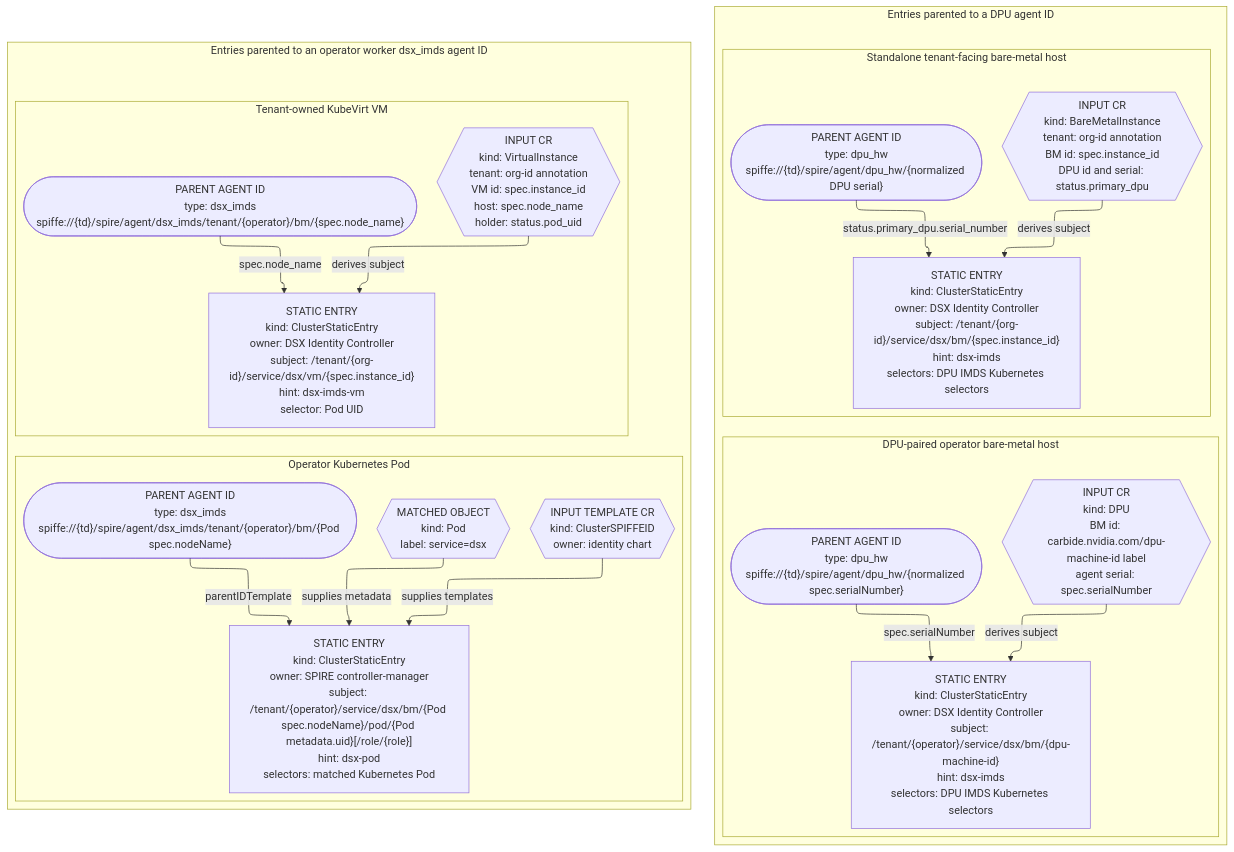
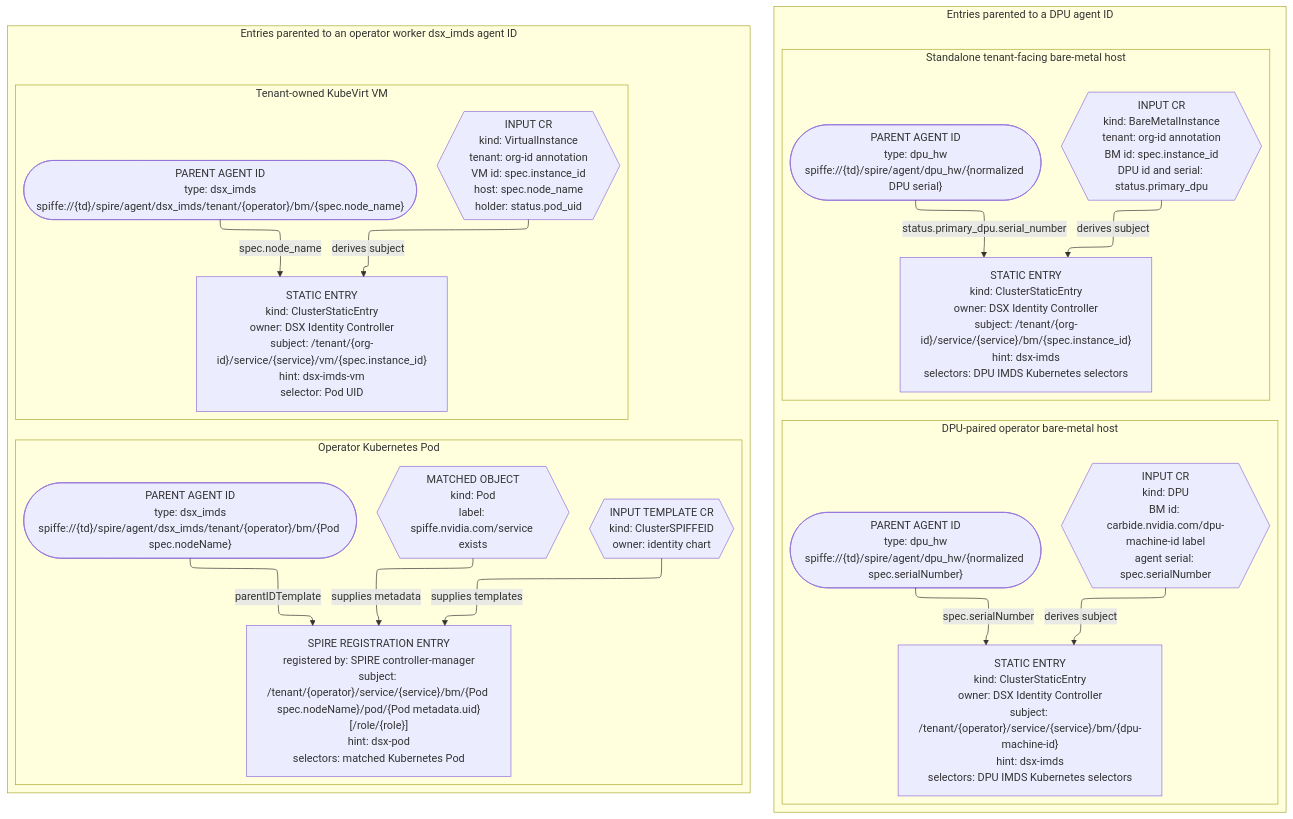
The third of 4 diagrams in README.md (dsx-ai-factory/nvidia-workload-identity), drawn with Mermaid before and after one commit. The commit also changed other lines of this file and 6 other files, not shown here.

First line of the commit message:
fix(NO-REF): correct README identity diagrams (#24)

````diff
--- a/README.md
+++ b/README.md
@@ -299,50 +254,50 @@
 ```mermaid
 %%{init: {"flowchart": {"defaultRenderer": "elk"}, "elk": {"nodePlacementStrategy": "SIMPLE"}}}%%
 flowchart TB
 
   subgraph DPUParented["Entries parented to a DPU agent ID"]
     direction LR
 
     subgraph DPULane["DPU-paired operator bare-metal host"]
       direction TB
       DPUCR{{"INPUT CR<br/>kind: DPU<br/>BM id: carbide.nvidia.com/dpu-machine-id label<br/>agent serial: spec.serialNumber"}}
       DPUParent(["PARENT AGENT ID<br/>type: dpu_hw<br/>spiffe://{td}/spire/agent/dpu_hw/{normalized spec.serialNumber}"])
-      DPUEntry["STATIC ENTRY<br/>kind: ClusterStaticEntry<br/>owner: DSX Identity Controller<br/>subject: /tenant/{operator}/service/dsx/bm/{dpu-machine-id}<br/>hint: dsx-imds<br/>selectors: DPU IMDS Kubernetes selectors"]
+      DPUEntry["STATIC ENTRY<br/>kind: ClusterStaticEntry<br/>owner: DSX Identity Controller<br/>subject: /tenant/{operator}/service/{service}/bm/{dpu-machine-id}<br/>hint: dsx-imds<br/>selectors: DPU IMDS Kubernetes selectors"]
       DPUCR -->|"derives subject"| DPUEntry
       DPUParent -->|"spec.serialNumber"| DPUEntry
     end
 
     subgraph HostLane["Standalone tenant-facing bare-metal host"]
       direction TB
       HostSource{{"INPUT CR<br/>kind: BareMetalInstance<br/>tenant: org-id annotation<br/>BM id: spec.instance_id<br/>DPU id and serial: status.primary_dpu"}}
       HostParent(["PARENT AGENT ID<br/>type: dpu_hw<br/>spiffe://{td}/spire/agent/dpu_hw/{normalized DPU serial}"])
-      HostEntry["STATIC ENTRY<br/>kind: ClusterStaticEntry<br/>owner: DSX Identity Controller<br/>subject: /tenant/{org-id}/service/dsx/bm/{spec.instance_id}<br/>hint: dsx-imds<br/>selectors: DPU IMDS Kubernetes selectors"]
+      HostEntry["STATIC ENTRY<br/>kind: ClusterStaticEntry<br/>owner: DSX Identity Controller<br/>subject: /tenant/{org-id}/service/{service}/bm/{spec.instance_id}<br/>hint: dsx-imds<br/>selectors: DPU IMDS Kubernetes selectors"]
       HostSource -->|"derives subject"| HostEntry
       HostParent -->|"status.primary_dpu.serial_number"| HostEntry
     end
   end
 
   subgraph HostParented["Entries parented to an operator worker dsx_imds agent ID"]
     direction LR
 
     subgraph PodLane["Operator Kubernetes Pod"]
       direction TB
       PodTemplate{{"INPUT TEMPLATE CR<br/>kind: ClusterSPIFFEID<br/>owner: identity chart"}}
-      PodObject{{"MATCHED OBJECT<br/>kind: Pod<br/>label: service=dsx"}}
+      PodObject{{"MATCHED OBJECT<br/>kind: Pod<br/>label: spiffe.nvidia.com/service exists"}}
       PodParent(["PARENT AGENT ID<br/>type: dsx_imds<br/>spiffe://{td}/spire/agent/dsx_imds/tenant/{operator}/bm/{Pod spec.nodeName}"])
-      PodEntry["STATIC ENTRY<br/>kind: ClusterStaticEntry<br/>owner: SPIRE controller-manager<br/>subject: /tenant/{operator}/service/dsx/bm/{Pod spec.nodeName}/pod/{Pod metadata.uid}[/role/{role}]<br/>hint: dsx-pod<br/>selectors: matched Kubernetes Pod"]
+      PodEntry["SPIRE REGISTRATION ENTRY<br/>registered by: SPIRE controller-manager<br/>subject: /tenant/{operator}/service/{service}/bm/{Pod spec.nodeName}/pod/{Pod metadata.uid}[/role/{role}]<br/>hint: dsx-pod<br/>selectors: matched Kubernetes Pod"]
       PodTemplate -->|"supplies templates"| PodEntry
       PodObject -->|"supplies metadata"| PodEntry
       PodParent -->|"parentIDTemplate"| PodEntry
     end
 
     subgraph VMLane["Tenant-owned KubeVirt VM"]
       direction TB
       VMSource{{"INPUT CR<br/>kind: VirtualInstance<br/>tenant: org-id annotation<br/>VM id: spec.instance_id<br/>host: spec.node_name<br/>holder: status.pod_uid"}}
       VMParent(["PARENT AGENT ID<br/>type: dsx_imds<br/>spiffe://{td}/spire/agent/dsx_imds/tenant/{operator}/bm/{spec.node_name}"])
-      VMEntry["STATIC ENTRY<br/>kind: ClusterStaticEntry<br/>owner: DSX Identity Controller<br/>subject: /tenant/{org-id}/service/dsx/vm/{spec.instance_id}<br/>hint: dsx-imds-vm<br/>selector: Pod UID"]
+      VMEntry["STATIC ENTRY<br/>kind: ClusterStaticEntry<br/>owner: DSX Identity Controller<br/>subject: /tenant/{org-id}/service/{service}/vm/{spec.instance_id}<br/>hint: dsx-imds-vm<br/>selector: Pod UID"]
       VMSource -->|"derives subject"| VMEntry
       VMParent -->|"spec.node_name"| VMEntry
     end
   end
 ```
````
